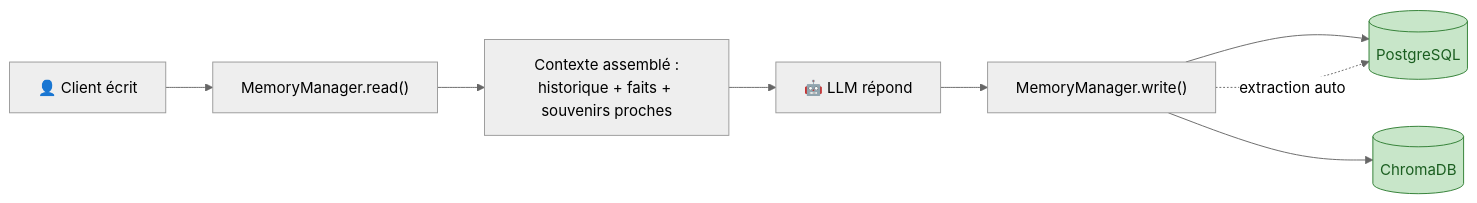
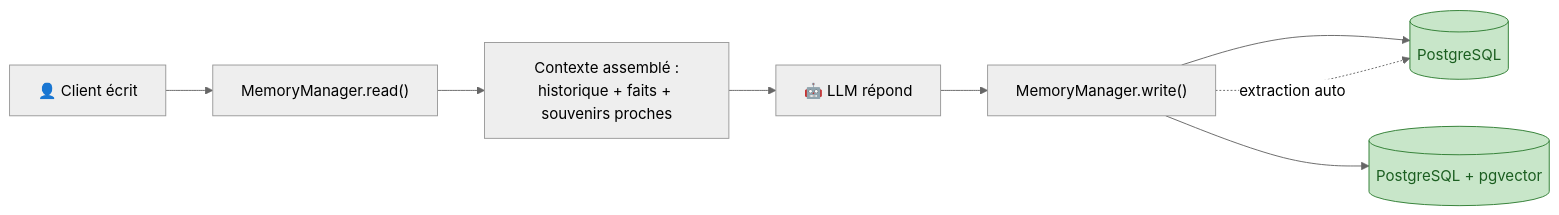
The first of 6 diagrams in docs/explanation/presentation_chantier1_memoire.md (sofiane-git/velmo-v2), drawn with Mermaid (neutral theme) before and after one commit. The commit also changed other lines of this file and 5 other files, not shown here.

````diff
--- a/docs/explanation/presentation_chantier1_memoire.md
+++ b/docs/explanation/presentation_chantier1_memoire.md
@@ -19,13 +19,13 @@
 ```mermaid
 flowchart LR
     U["👤 Client écrit"] --> R["MemoryManager.read()"]
     R --> CTX["Contexte assemblé :<br/>historique + faits + souvenirs proches"]
     CTX --> LLM["🤖 LLM répond"]
     LLM --> W["MemoryManager.write()"]
     W --> DB[("PostgreSQL")]
-    W --> CH[("ChromaDB")]
+    W --> CH[("PostgreSQL + pgvector")]
     W -.->|"extraction auto"| DB
 
     classDef db fill:#c8e6c9,stroke:#2e7d32,color:#1b5e20;
     class DB,CH db;
 ```
````
